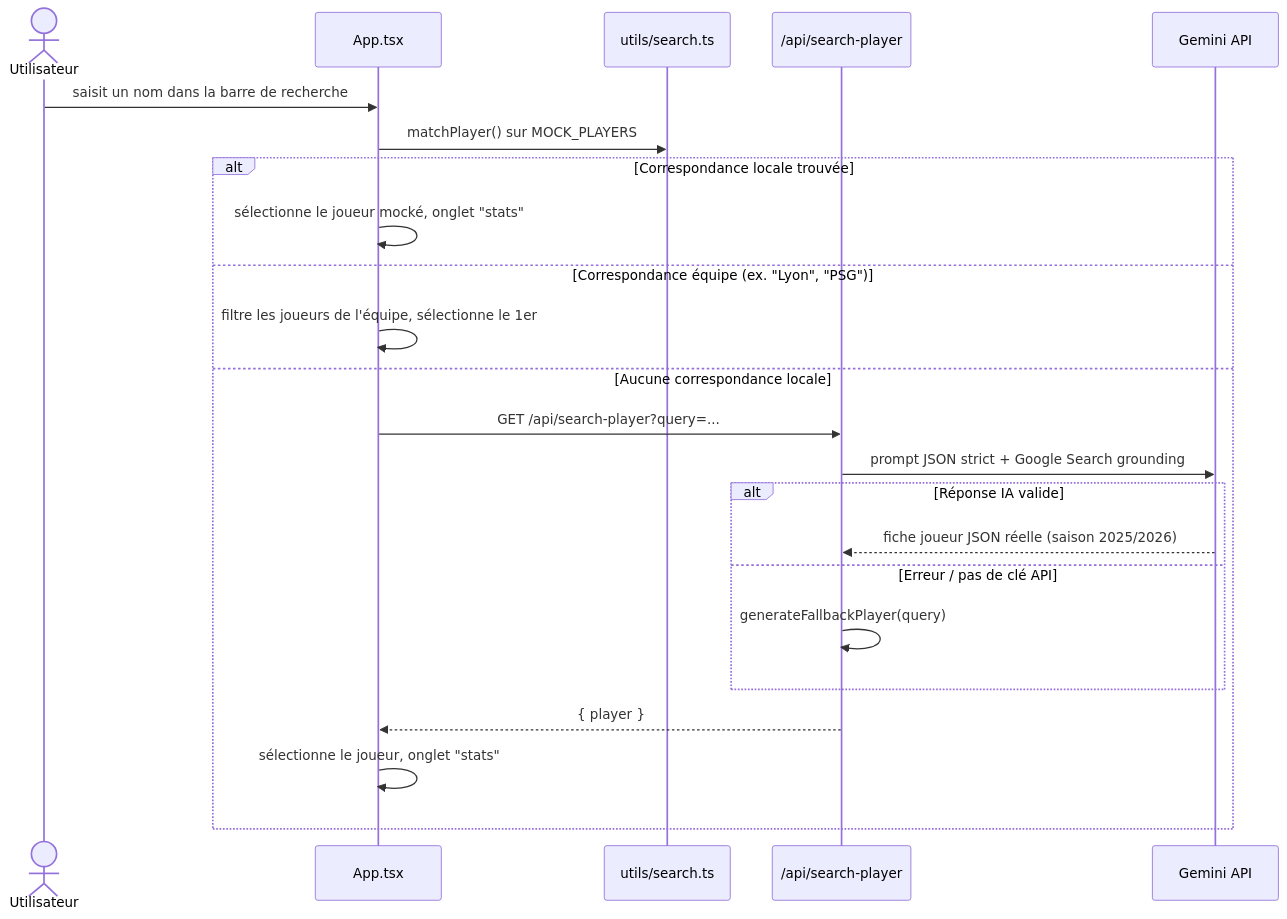
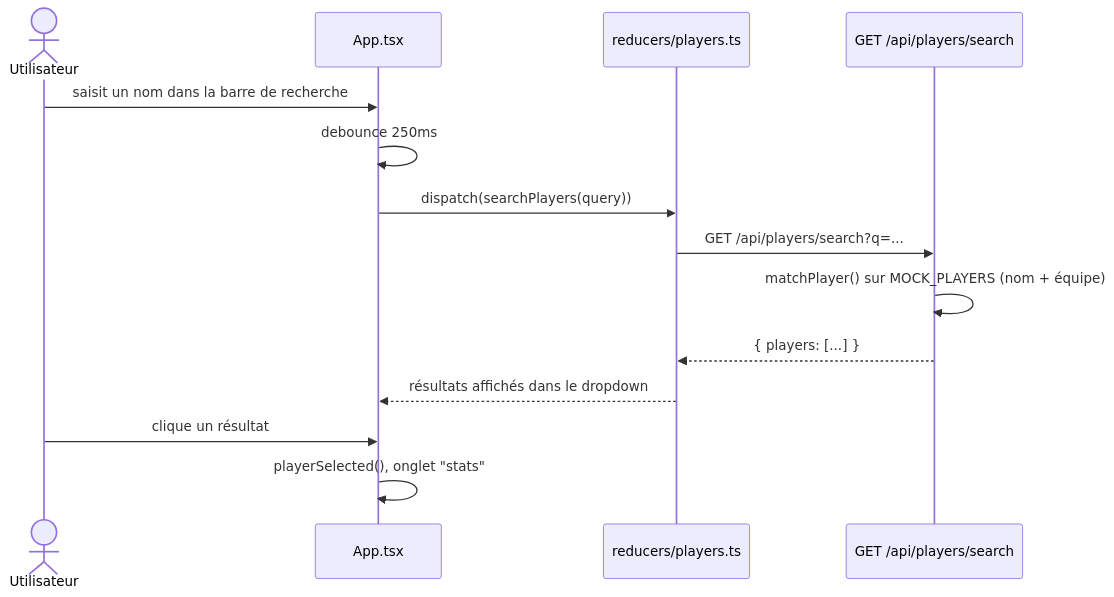
The second of 3 diagrams in README.md (Jetromix78000/mpg-companion), drawn with Mermaid before and after one commit. The commit also changed other lines of this file and 6 other files, not shown here.

````diff
--- a/README.md
+++ b/README.md
@@ -111,26 +122,17 @@
 ```mermaid
 sequenceDiagram
     actor U as Utilisateur
     participant A as App.tsx
-    participant S as utils/search.ts
-    participant API as /api/search-player
-    participant G as Gemini API
+    participant R as reducers/players.ts
+    participant API as GET /api/players/search
 
     U->>A: saisit un nom dans la barre de recherche
-    A->>S: matchPlayer() sur MOCK_PLAYERS
-    alt Correspondance locale trouvée
-        A->>A: sélectionne le joueur mocké, onglet "stats"
-    else Correspondance équipe (ex. "Lyon", "PSG")
-        A->>A: filtre les joueurs de l'équipe, sélectionne le 1er
-    else Aucune correspondance locale
-        A->>API: GET /api/search-player?query=...
-        API->>G: prompt JSON strict + Google Search grounding
-        alt Réponse IA valide
-            G-->>API: fiche joueur JSON réelle (saison 2025/2026)
-        else Erreur / pas de clé API
-            API->>API: generateFallbackPlayer(query)
-        end
-        API-->>A: { player }
-        A->>A: sélectionne le joueur, onglet "stats"
-    end
+    A->>A: debounce 250ms
+    A->>R: dispatch(searchPlayers(query))
+    R->>API: GET /api/players/search?q=...
+    API->>API: matchPlayer() sur MOCK_PLAYERS (nom + équipe)
+    API-->>R: { players: [...] }
+    R-->>A: résultats affichés dans le dropdown
+    U->>A: clique un résultat
+    A->>A: playerSelected(), onglet "stats"
 ```
````
